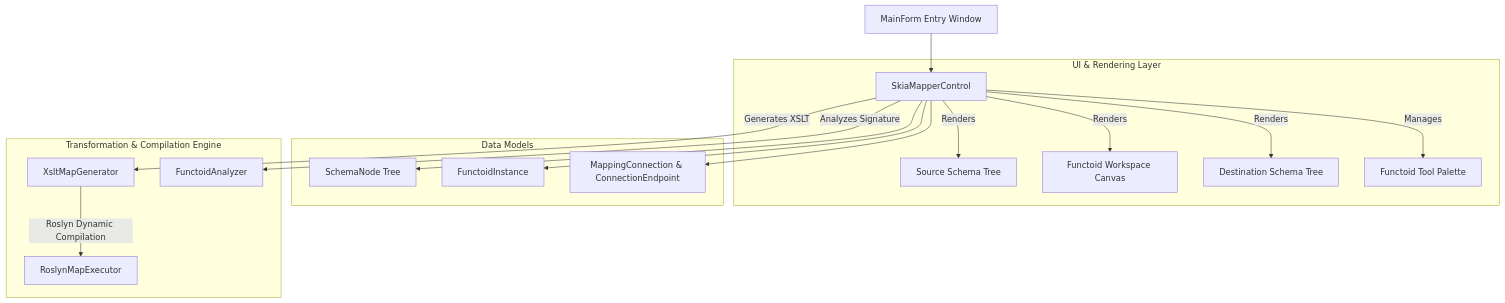
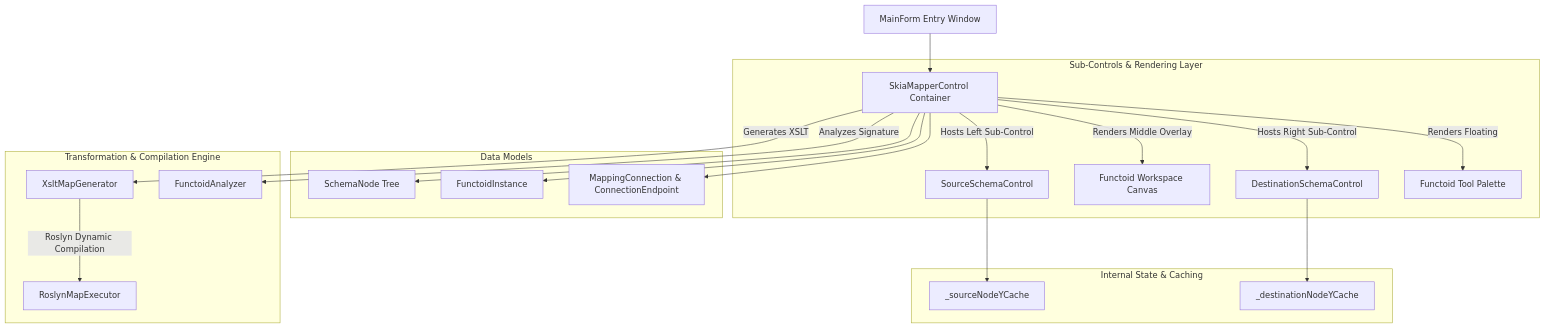
The first of 3 diagrams in README.MD (apeiris/SkiaMapper), drawn with Mermaid before and after one commit. The commit also changed other lines of this file and 5 other files, not shown here.

````diff
--- a/README.MD
+++ b/README.MD
@@ -73,31 +77,36 @@
 ```mermaid
 graph TD
-    SubGraphMain[MainForm Entry Window] --> SkiaControl[SkiaMapperControl]
+    SubGraphMain[MainForm Entry Window] --> SkiaControl[SkiaMapperControl Container]
     
-    subgraph UI & Rendering Layer
-        SkiaControl -->|Renders| SourceTree[Source Schema Tree]
-        SkiaControl -->|Renders| FunctoidCanvas[Functoid Workspace Canvas]
-        SkiaControl -->|Renders| DestTree[Destination Schema Tree]
-        SkiaControl -->|Manages| Palette[Functoid Tool Palette]
+    subgraph Sub-Controls & Rendering Layer
+        SkiaControl -->|Hosts Left Sub-Control| SourceControl[SourceSchemaControl]
+        SkiaControl -->|Renders Middle Overlay| FunctoidCanvas[Functoid Workspace Canvas]
+        SkiaControl -->|Hosts Right Sub-Control| DestControl[DestinationSchemaControl]
+        SkiaControl -->|Renders Floating| Palette[Functoid Tool Palette]
+    end
+
+    subgraph Internal State & Caching
+        SourceControl --> SourceCache[_sourceNodeYCache]
+        DestControl --> DestCache[_destinationNodeYCache]
     end
     
     subgraph Data Models
         SchemaNode[SchemaNode Tree]
         FunctoidInst[FunctoidInstance]
         ConnEndpoint[MappingConnection & ConnectionEndpoint]
     end
 
     SkiaControl --> SchemaNode
     SkiaControl --> FunctoidInst
     SkiaControl --> ConnEndpoint
 
     subgraph Transformation & Compilation Engine
         XsltGen[XsltMapGenerator]
         Analyzer[FunctoidAnalyzer]
         RoslynExec[RoslynMapExecutor]
     end
 
     SkiaControl -->|Generates XSLT| XsltGen
     SkiaControl -->|Analyzes Signature| Analyzer
     XsltGen -->|Roslyn Dynamic Compilation| RoslynExec
 ```
````
